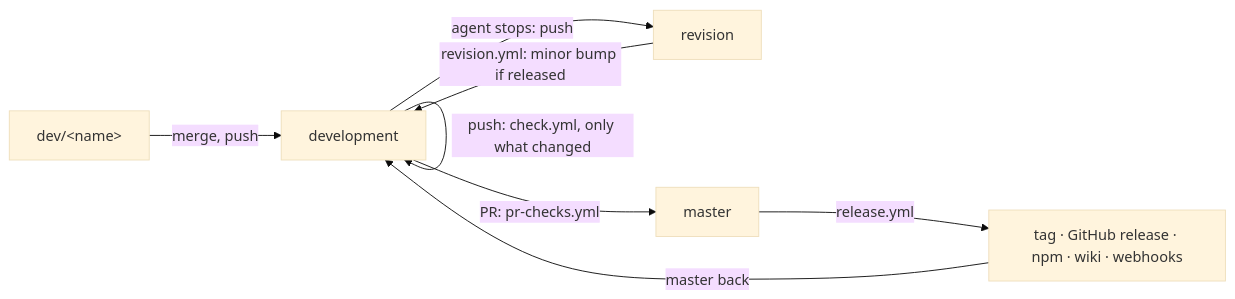
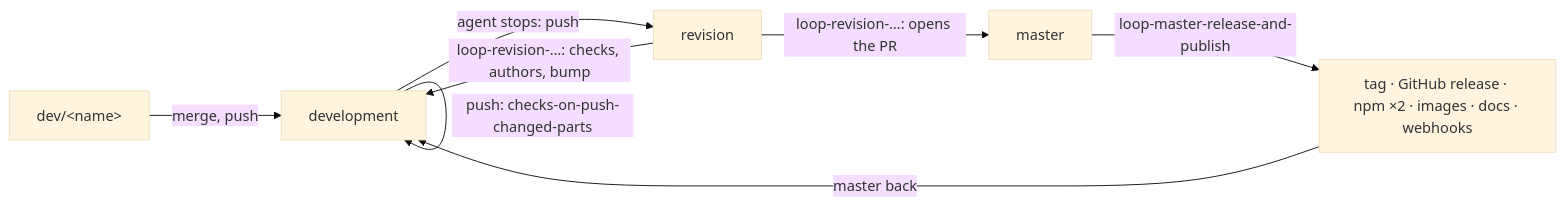
The diagram in docs/architecture/workflows.md (Sarverott/blacksmith-organization-system), drawn with Mermaid (base theme) before and after one commit. The commit also changed other lines of this file and 14 other files, not shown here.

First line of the commit message:
ci: workflows named by what they are; revision opens the PR to master; publish targets

````diff
--- a/docs/architecture/workflows.md
+++ b/docs/architecture/workflows.md
@@ -13,10 +22,10 @@
 ```mermaid
 flowchart LR
   dev["dev/&lt;name&gt;"] -->|merge, push| development
-  development -->|push: check.yml, only what changed| development
+  development -->|push: checks-on-push-changed-parts| development
   development -->|agent stops: push| revision
-  revision -->|revision.yml: minor bump if released| development
-  development -->|PR: pr-checks.yml| master
-  master -->|release.yml| out["tag · GitHub release · npm · wiki · webhooks"]
+  revision -->|loop-revision-…: checks, authors, bump| development
+  revision -->|loop-revision-…: opens the PR| master
+  master -->|loop-master-release-and-publish| out["tag · GitHub release · npm ×2 · images · docs · webhooks"]
   out -->|master back| development
 ```
````
